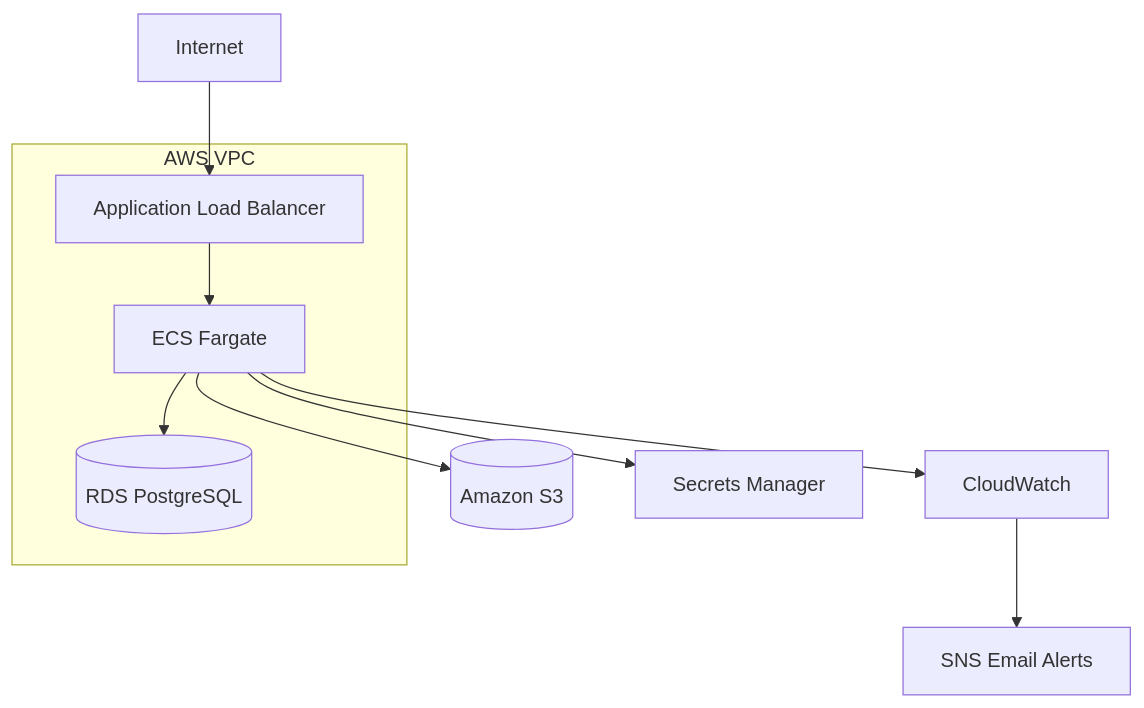
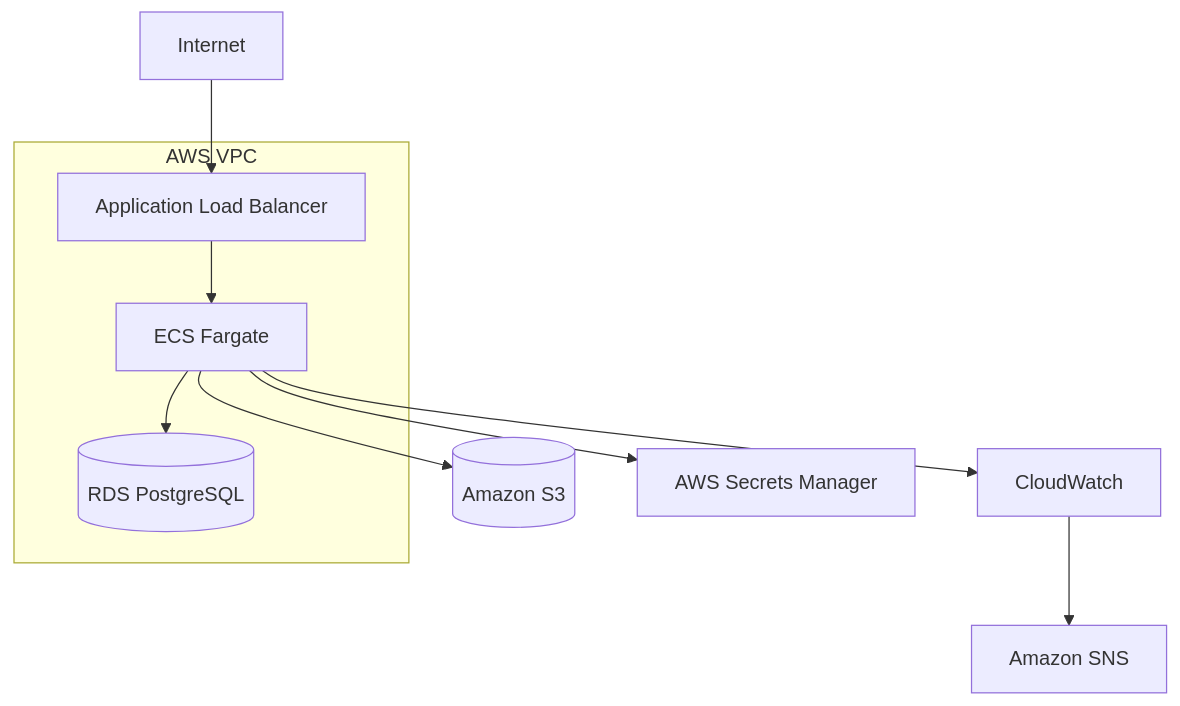
One commit to A-Marbach/vikunja-aws-fargate changed the diagram in README.md. Above: the diagram before and after it, drawn with Mermaid. The commit also changed other lines of this file, not shown here.

Commit message:
Improve ECS Fargate project documentation

````diff
--- a/README.md
+++ b/README.md
@@ -9,16 +24,16 @@
 ```mermaid
 flowchart TD
     Internet --> ALB[Application Load Balancer]
     ALB --> ECS[ECS Fargate]
     ECS --> RDS[(RDS PostgreSQL)]
     ECS --> S3[(Amazon S3)]
+    ECS --> SM[AWS Secrets Manager]
     ECS --> CW[CloudWatch]
-    ECS --> SM[Secrets Manager]
-    CW --> SNS[SNS Email Alerts]
+    CW --> SNS[Amazon SNS]
 
     subgraph AWS VPC
         ALB
         ECS
         RDS
     end
 ```
````
